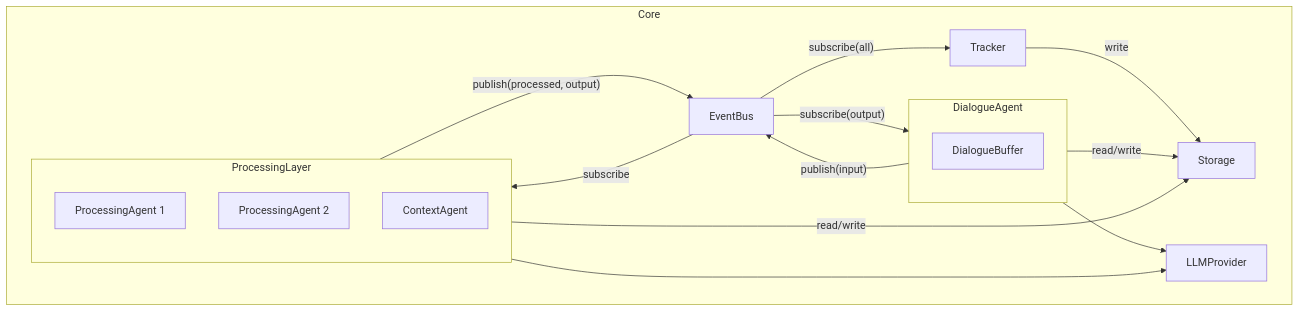
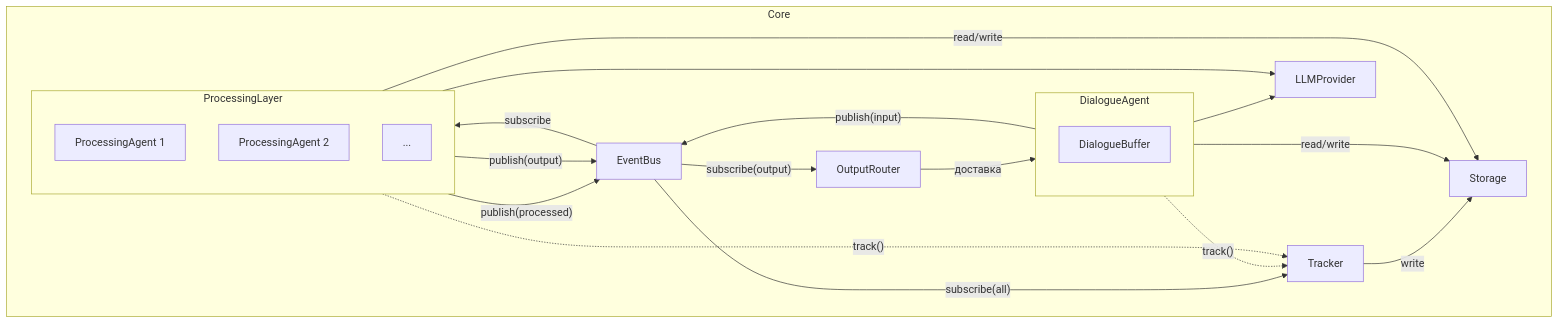
The second of 3 diagrams in 00_docs/architecture/core/components.md (Dieugene/team-assistant), drawn with Mermaid before and after one commit. The commit also changed other lines of this file, not shown here.

````diff
--- a/00_docs/architecture/core/components.md
+++ b/00_docs/architecture/core/components.md
@@ -37,31 +42,39 @@
 ```mermaid
 graph TB
     subgraph Core
         subgraph DialogueAgent
             Buffer["DialogueBuffer"]
         end
 
+        OutputRouter
+
         EventBus
 
         subgraph ProcessingLayer
             PA1["ProcessingAgent 1"]
             PA2["ProcessingAgent 2"]
-            CA["ContextAgent"]
+            PA3["..."]
         end
 
         Tracker
         Storage
         LLMProvider
     end
 
     DialogueAgent -->|"publish(input)"| EventBus
     EventBus -->|"subscribe"| ProcessingLayer
-    ProcessingLayer -->|"publish(processed, output)"| EventBus
-    EventBus -->|"subscribe(output)"| DialogueAgent
+    ProcessingLayer -->|"publish(processed)"| EventBus
+    ProcessingLayer -->|"publish(output)"| EventBus
+    EventBus -->|"subscribe(output)"| OutputRouter
+    OutputRouter -->|"доставка"| DialogueAgent
+
     EventBus -->|"subscribe(all)"| Tracker
+    DialogueAgent -.->|"track()"| Tracker
+    ProcessingLayer -.->|"track()"| Tracker
     Tracker -->|"write"| Storage
+
     DialogueAgent -->|"read/write"| Storage
     ProcessingLayer -->|"read/write"| Storage
     DialogueAgent --> LLMProvider
     ProcessingLayer --> LLMProvider
 ```
````
